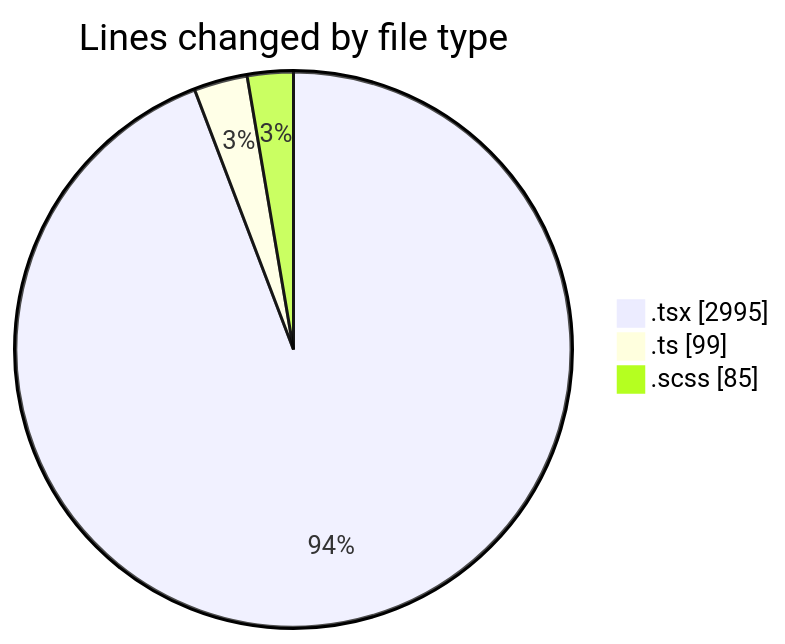
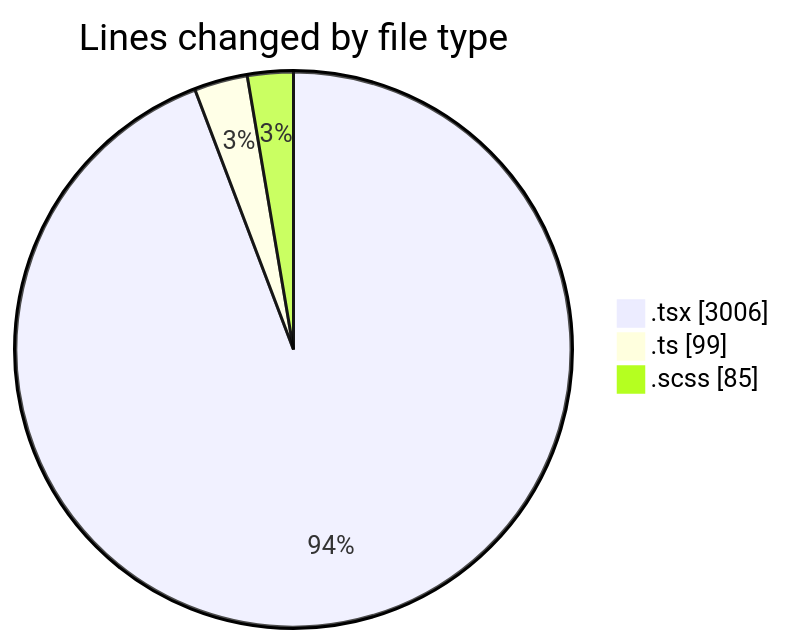
Before and after one commit to momahboobian/code-tracking: the first of 2 diagrams in 2025-02-11/cda/README.md, drawn with Mermaid. The commit also changed other lines of this file and 1 other file, not shown here.

````diff
--- a/2025-02-11/cda/README.md
+++ b/2025-02-11/cda/README.md
@@ -24,7 +24,7 @@
 ```mermaid
 pie showData
 title Lines changed by file type
-".tsx" : 2995
+".tsx" : 3006
 ".ts" : 99
 ".scss" : 85
 ```
````
